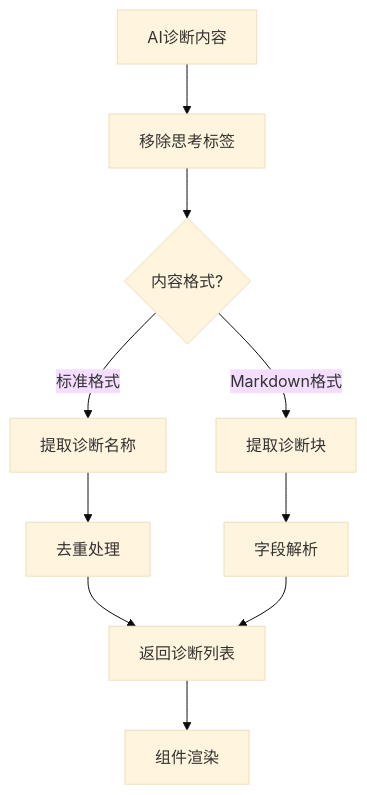
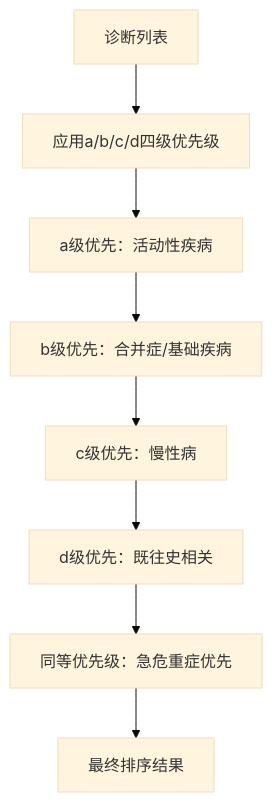
The fifth of 6 diagrams in .qoder/repowiki/zh/content/核心功能模块/诊断编辑面板增强.md (liuzh2008/med_ai_assistant_workspace), drawn with Mermaid (base theme) before and after one commit. The commit also changed other lines of this file and 5 other files, not shown here.

````diff
--- a/.qoder/repowiki/zh/content/核心功能模块/诊断编辑面板增强.md
+++ b/.qoder/repowiki/zh/content/核心功能模块/诊断编辑面板增强.md
@@ -405,12 +380,10 @@
 ```mermaid
 flowchart TD
-A[AI诊断内容] --> B[移除思考标签]
-B --> C{内容格式?}
-C --> |标准格式| D[提取诊断名称]
-C --> |Markdown格式| E[提取诊断块]
-D --> F[去重处理]
-E --> G[字段解析]
-F --> H[返回诊断列表]
-G --> H
-H --> I[组件渲染]
+A[诊断列表] --> B[应用a/b/c/d四级优先级]
+B --> C[a级优先：活动性疾病]
+C --> D[b级优先：合并症/基础疾病]
+D --> E[c级优先：慢性病]
+E --> F[d级优先：既往史相关]
+F --> G[同等优先级：急危重症优先]
+G --> H[最终排序结果]
 ```
````
